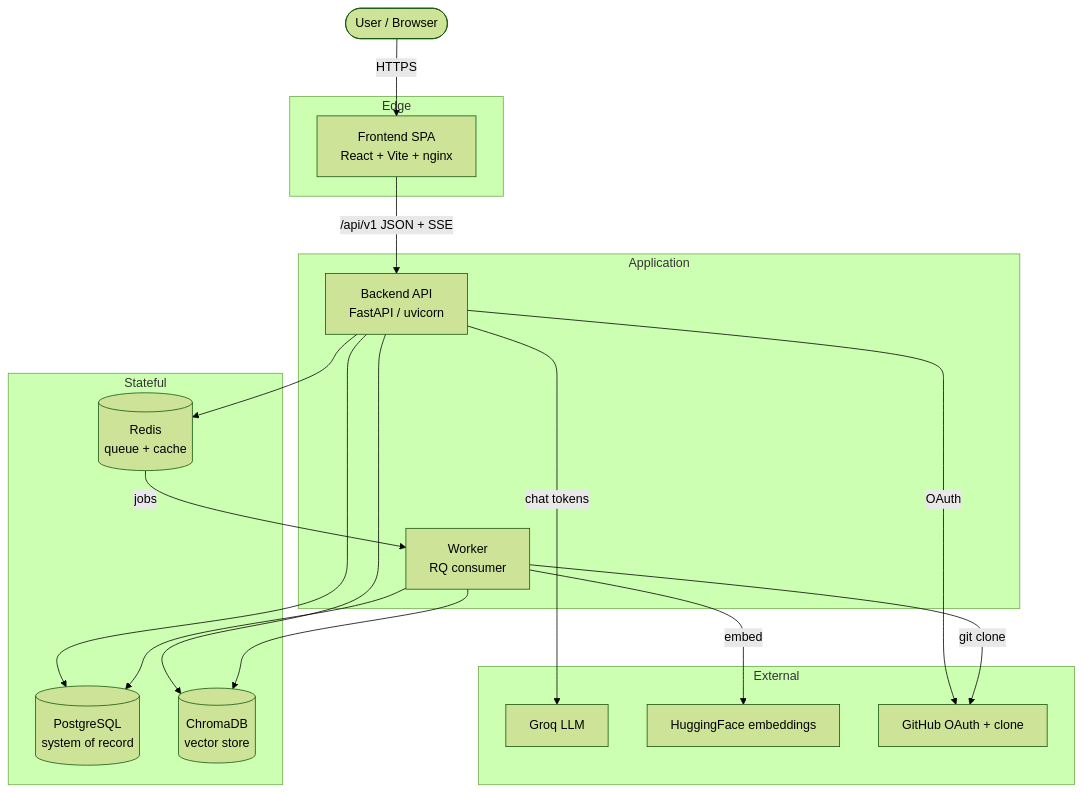
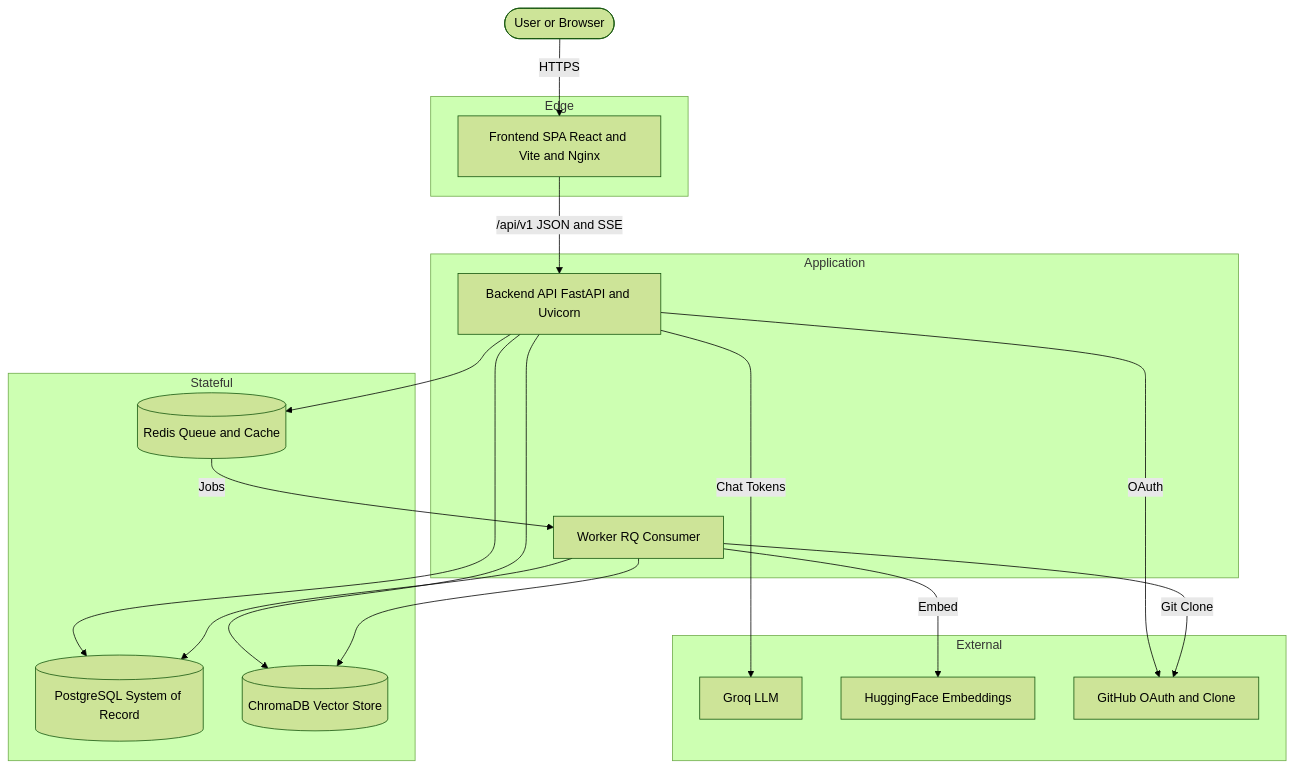
Before and after one commit to nikhil-87/CodeSensei: the first of 3 diagrams in docs/diagrams/system-architecture.md, drawn with Mermaid (forest theme). The commit also changed other lines of this file and 25 other files, not shown here.

Commit message:
docs: initialize comprehensive technical documentation, architecture diagrams, and verification guides in vault and docs directories

````diff
--- a/docs/diagrams/system-architecture.md
+++ b/docs/diagrams/system-architecture.md
@@ -5,34 +5,34 @@
 ```mermaid
 flowchart TB
-  user([User / Browser])
+  user([User or Browser])
   subgraph Edge
-    fe[Frontend SPA<br/>React + Vite + nginx]
+    fe[Frontend SPA React and Vite and Nginx]
   end
   subgraph Application
-    be[Backend API<br/>FastAPI / uvicorn]
-    wk[Worker<br/>RQ consumer]
+    be[Backend API FastAPI and Uvicorn]
+    wk[Worker RQ Consumer]
   end
   subgraph Stateful
-    pg[(PostgreSQL<br/>system of record)]
-    rd[(Redis<br/>queue + cache)]
-    ch[(ChromaDB<br/>vector store)]
+    pg[(PostgreSQL System of Record)]
+    rd[(Redis Queue and Cache)]
+    ch[(ChromaDB Vector Store)]
   end
   subgraph External
     groq[Groq LLM]
-    hf[HuggingFace embeddings]
-    gh[GitHub OAuth + clone]
+    hf[HuggingFace Embeddings]
+    gh[GitHub OAuth and Clone]
   end
 
   user -->|HTTPS| fe
-  fe -->|/api/v1 JSON + SSE| be
+  fe -->|/api/v1 JSON and SSE| be
   be -->|OAuth| gh
   be --> pg
   be --> rd
   be --> ch
-  be -->|chat tokens| groq
-  rd -->|jobs| wk
-  wk -->|git clone| gh
+  be -->|Chat Tokens| groq
+  rd -->|Jobs| wk
+  wk -->|Git Clone| gh
   wk --> pg
   wk --> ch
-  wk -->|embed| hf
+  wk -->|Embed| hf
 ```
````
